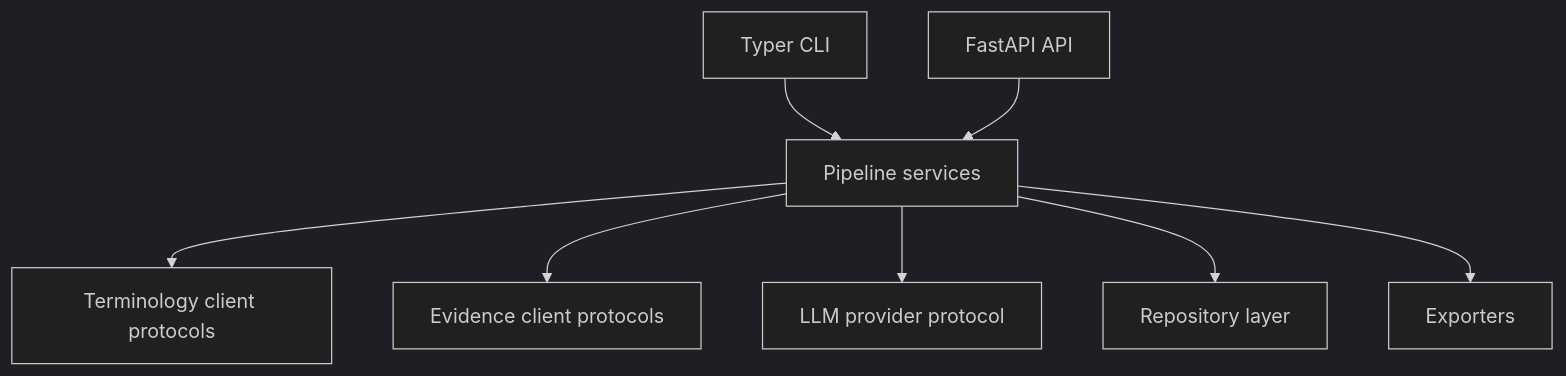
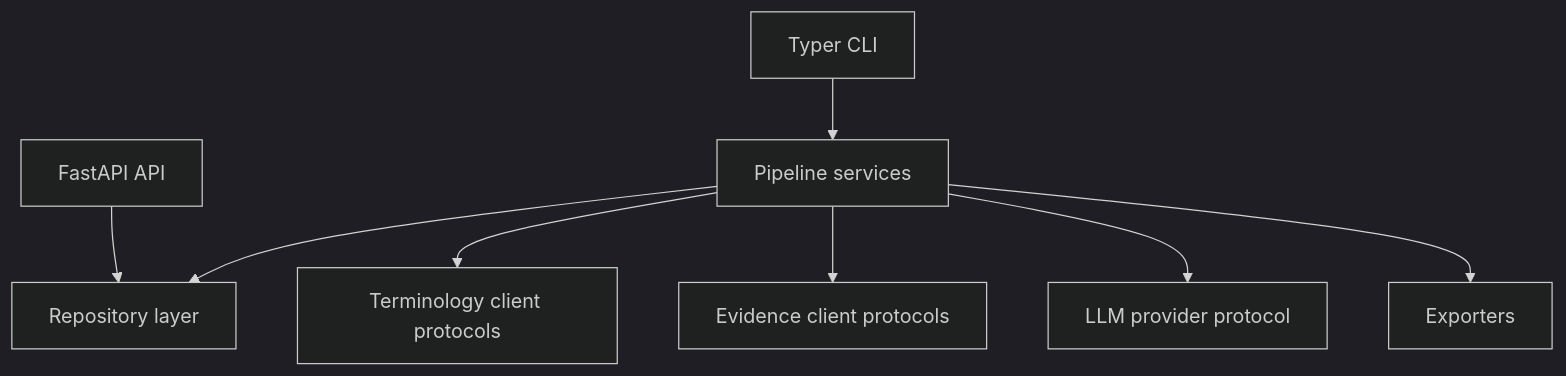
The first of 4 diagrams in docs/architecture.md (andrexstone-afk/evidenceforge), drawn with Mermaid (dark theme) before and after one commit. The commit also changed other lines of this file and 36 other files, not shown here.

````diff
--- a/docs/architecture.md
+++ b/docs/architecture.md
@@ -7,10 +7,10 @@
 ```mermaid
 flowchart TB
     CLI[Typer CLI] --> Pipeline[Pipeline services]
-    API[FastAPI API] --> Pipeline
+    API[FastAPI API] --> Store[Repository layer]
+    Pipeline --> Store
     Pipeline --> Terminology[Terminology client protocols]
     Pipeline --> Evidence[Evidence client protocols]
     Pipeline --> LLM[LLM provider protocol]
-    Pipeline --> Store[Repository layer]
     Pipeline --> Export[Exporters]
 ```
````
